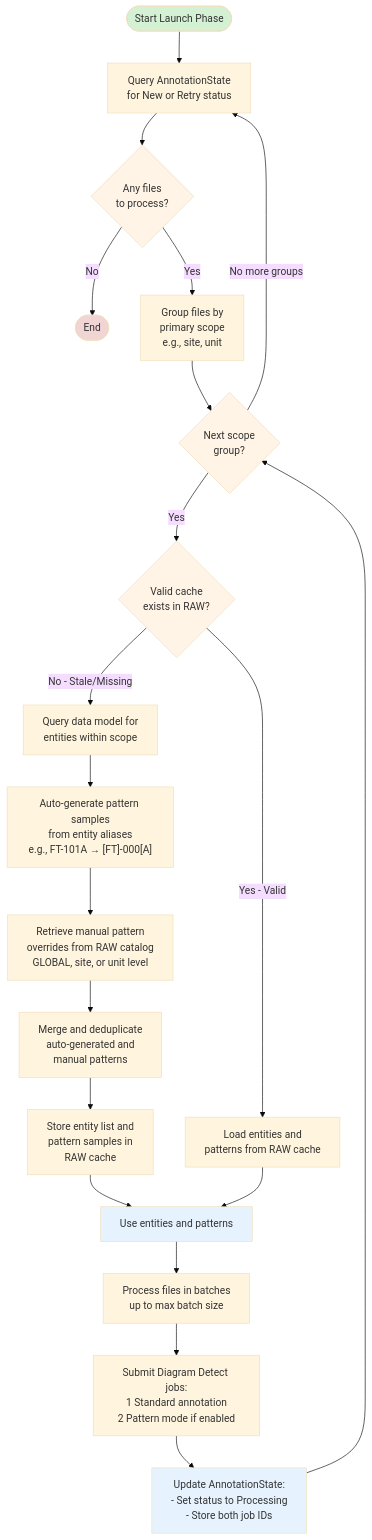
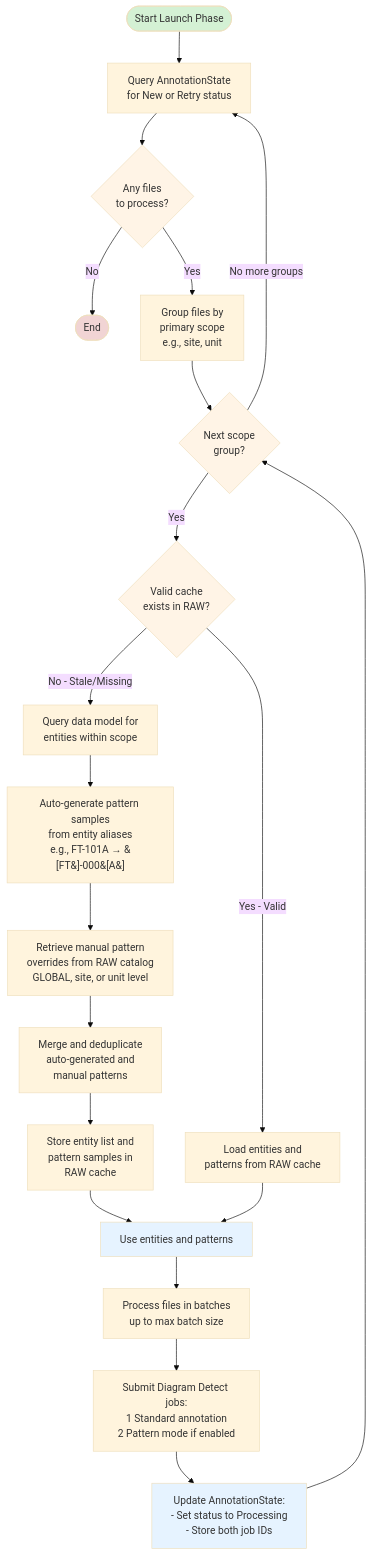
Before and after one commit to cognitedata/library: the second of 5 diagrams in modules/accelerators/contextualization/cdf_file_annotation/README.md, drawn with Mermaid (base theme). The commit also changed other lines of this file and 61 other files, not shown here.

````diff
--- a/modules/accelerators/contextualization/cdf_file_annotation/README.md
+++ b/modules/accelerators/contextualization/cdf_file_annotation/README.md
@@ -97,34 +151,34 @@
-  ```mermaid
-  flowchart TD
-      Start([Start Launch Phase]) --> QueryFiles[Query AnnotationState<br/>for New or Retry status]
-      QueryFiles --> CheckFiles{Any files<br/>to process?}
-      CheckFiles -->|No| End([End])
-      CheckFiles -->|Yes| GroupFiles[Group files by<br/>primary scope<br/>e.g., site, unit]
+```mermaid
+flowchart TD
+    Start([Start Launch Phase]) --> QueryFiles[Query AnnotationState<br/>for New or Retry status]
+    QueryFiles --> CheckFiles{Any files<br/>to process?}
+    CheckFiles -->|No| End([End])
+    CheckFiles -->|Yes| GroupFiles[Group files by<br/>primary scope<br/>e.g., site, unit]
 
-      GroupFiles --> NextScope{Next scope<br/>group?}
-      NextScope -->|Yes| CheckCache{Valid cache<br/>exists in RAW?}
+    GroupFiles --> NextScope{Next scope<br/>group?}
+    NextScope -->|Yes| CheckCache{Valid cache<br/>exists in RAW?}
 
-      CheckCache -->|No - Stale/Missing| QueryEntities[Query data model for<br/>entities within scope]
-      QueryEntities --> GenPatterns[Auto-generate pattern samples<br/>from entity aliases<br/>e.g., FT-101A → #91;FT#93;-000#91;A#93;]
-      GenPatterns --> GetManual[Retrieve manual pattern<br/>overrides from RAW catalog<br/>GLOBAL, site, or unit level]
-      GetManual --> MergePatterns[Merge and deduplicate<br/>auto-generated and<br/>manual patterns]
-      MergePatterns --> StoreCache[Store entity list and<br/>pattern samples in<br/>RAW cache]
-      StoreCache --> UseCache[Use entities and patterns]
+    CheckCache -->|No - Stale/Missing| QueryEntities[Query data model for<br/>entities within scope]
+    QueryEntities --> GenPatterns[Auto-generate pattern samples<br/>from entity aliases<br/>e.g., FT-101A → &#91;FT&#93;-000&#91;A&#93;]
+    GenPatterns --> GetManual[Retrieve manual pattern<br/>overrides from RAW catalog<br/>GLOBAL, site, or unit level]
+    GetManual --> MergePatterns[Merge and deduplicate<br/>auto-generated and<br/>manual patterns]
+    MergePatterns --> StoreCache[Store entity list and<br/>pattern samples in<br/>RAW cache]
+    StoreCache --> UseCache[Use entities and patterns]
 
-      CheckCache -->|Yes - Valid| LoadCache[Load entities and<br/>patterns from RAW cache]
-      LoadCache --> UseCache
+    CheckCache -->|Yes - Valid| LoadCache[Load entities and<br/>patterns from RAW cache]
+    LoadCache --> UseCache
 
-      UseCache --> ProcessBatch[Process files in batches<br/>up to max batch size]
-      ProcessBatch --> SubmitJobs[Submit Diagram Detect jobs:<br/>1 Standard annotation<br/>2 Pattern mode if enabled]
-      SubmitJobs --> UpdateState[Update AnnotationState:<br/>- Set status to Processing<br/>- Store both job IDs]
-      UpdateState --> NextScope
-      NextScope -->|No more groups| QueryFiles
+    UseCache --> ProcessBatch[Process files in batches<br/>up to max batch size]
+    ProcessBatch --> SubmitJobs[Submit Diagram Detect jobs:<br/>1 Standard annotation<br/>2 Pattern mode if enabled]
+    SubmitJobs --> UpdateState[Update AnnotationState:<br/>- Set status to Processing<br/>- Store both job IDs]
+    UpdateState --> NextScope
+    NextScope -->|No more groups| QueryFiles
 
-      style Start fill:#d4f1d4
-      style End fill:#f1d4d4
-      style CheckFiles fill:#fff4e6
-      style CheckCache fill:#fff4e6
-      style NextScope fill:#fff4e6
-      style UseCache fill:#e6f3ff
-      style UpdateState fill:#e6f3ff
-  ```
+    style Start fill:#d4f1d4
+    style End fill:#f1d4d4
+    style CheckFiles fill:#fff4e6
+    style CheckCache fill:#fff4e6
+    style NextScope fill:#fff4e6
+    style UseCache fill:#e6f3ff
+    style UpdateState fill:#e6f3ff
+```
````
